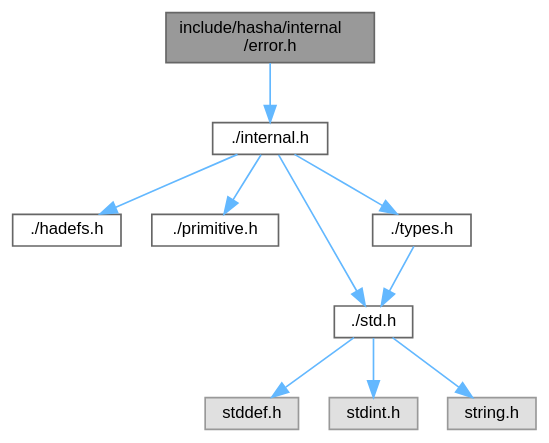
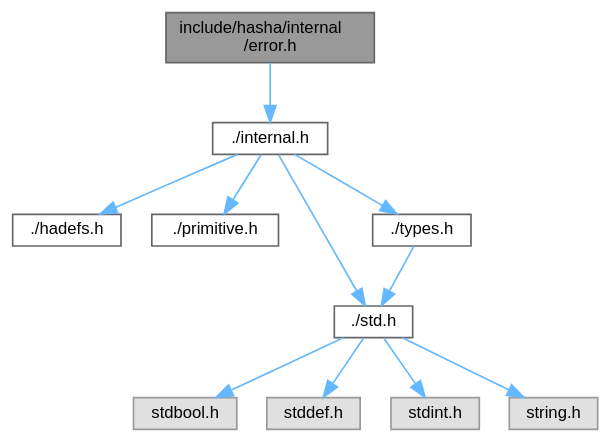
The diagram in docs/df/df0/error_8h__incl.dot (reslaid32/hasha), drawn with Graphviz before and after one commit. The commit also changed 131 other files, not shown here.

```diff
--- a/docs/df/df0/error_8h__incl.dot
+++ b/docs/df/df0/error_8h__incl.dot
@@ -1,25 +1,27 @@
 digraph "include/hasha/internal/error.h"
 {
  // LATEX_PDF_SIZE
   bgcolor="transparent";
   edge [fontname=Helvetica,fontsize=10,labelfontname=Helvetica,labelfontsize=10];
   node [fontname=Helvetica,fontsize=10,shape=box,height=0.2,width=0.4];
   Node1 [id="Node000001",label="include/hasha/internal\l/error.h",height=0.2,width=0.4,color="gray40", fillcolor="grey60", style="filled", fontcolor="black",tooltip=" "];
   Node1 -> Node2 [id="edge1_Node000001_Node000002",color="steelblue1",style="solid",tooltip=" "];
   Node2 [id="Node000002",label="./internal.h",height=0.2,width=0.4,color="grey40", fillcolor="white", style="filled",URL="$db/dde/internal_8h.html",tooltip=" "];
   Node2 -> Node3 [id="edge2_Node000002_Node000003",color="steelblue1",style="solid",tooltip=" "];
   Node3 [id="Node000003",label="./hadefs.h",height=0.2,width=0.4,color="grey40", fillcolor="white", style="filled",URL="$d5/d5e/hadefs_8h.html",tooltip=" "];
   Node2 -> Node4 [id="edge3_Node000002_Node000004",color="steelblue1",style="solid",tooltip=" "];
   Node4 [id="Node000004",label="./primitive.h",height=0.2,width=0.4,color="grey40", fillcolor="white", style="filled",URL="$d1/d71/primitive_8h.html",tooltip=" "];
   Node2 -> Node5 [id="edge4_Node000002_Node000005",color="steelblue1",style="solid",tooltip=" "];
   Node5 [id="Node000005",label="./std.h",height=0.2,width=0.4,color="grey40", fillcolor="white", style="filled",URL="$d6/dc4/std_8h.html",tooltip=" "];
   Node5 -> Node6 [id="edge5_Node000005_Node000006",color="steelblue1",style="solid",tooltip=" "];
-  Node6 [id="Node000006",label="stddef.h",height=0.2,width=0.4,color="grey60", fillcolor="#E0E0E0", style="filled",tooltip=" "];
+  Node6 [id="Node000006",label="stdbool.h",height=0.2,width=0.4,color="grey60", fillcolor="#E0E0E0", style="filled",tooltip=" "];
   Node5 -> Node7 [id="edge6_Node000005_Node000007",color="steelblue1",style="solid",tooltip=" "];
-  Node7 [id="Node000007",label="stdint.h",height=0.2,width=0.4,color="grey60", fillcolor="#E0E0E0", style="filled",tooltip=" "];
+  Node7 [id="Node000007",label="stddef.h",height=0.2,width=0.4,color="grey60", fillcolor="#E0E0E0", style="filled",tooltip=" "];
   Node5 -> Node8 [id="edge7_Node000005_Node000008",color="steelblue1",style="solid",tooltip=" "];
-  Node8 [id="Node000008",label="string.h",height=0.2,width=0.4,color="grey60", fillcolor="#E0E0E0", style="filled",tooltip=" "];
-  Node2 -> Node9 [id="edge8_Node000002_Node000009",color="steelblue1",style="solid",tooltip=" "];
-  Node9 [id="Node000009",label="./types.h",height=0.2,width=0.4,color="grey40", fillcolor="white", style="filled",URL="$d9/d49/types_8h.html",tooltip=" "];
-  Node9 -> Node5 [id="edge9_Node000009_Node000005",color="steelblue1",style="solid",tooltip=" "];
+  Node8 [id="Node000008",label="stdint.h",height=0.2,width=0.4,color="grey60", fillcolor="#E0E0E0", style="filled",tooltip=" "];
+  Node5 -> Node9 [id="edge8_Node000005_Node000009",color="steelblue1",style="solid",tooltip=" "];
+  Node9 [id="Node000009",label="string.h",height=0.2,width=0.4,color="grey60", fillcolor="#E0E0E0", style="filled",tooltip=" "];
+  Node2 -> Node10 [id="edge9_Node000002_Node000010",color="steelblue1",style="solid",tooltip=" "];
+  Node10 [id="Node000010",label="./types.h",height=0.2,width=0.4,color="grey40", fillcolor="white", style="filled",URL="$d9/d49/types_8h.html",tooltip=" "];
+  Node10 -> Node5 [id="edge10_Node000010_Node000005",color="steelblue1",style="solid",tooltip=" "];
 }
```
